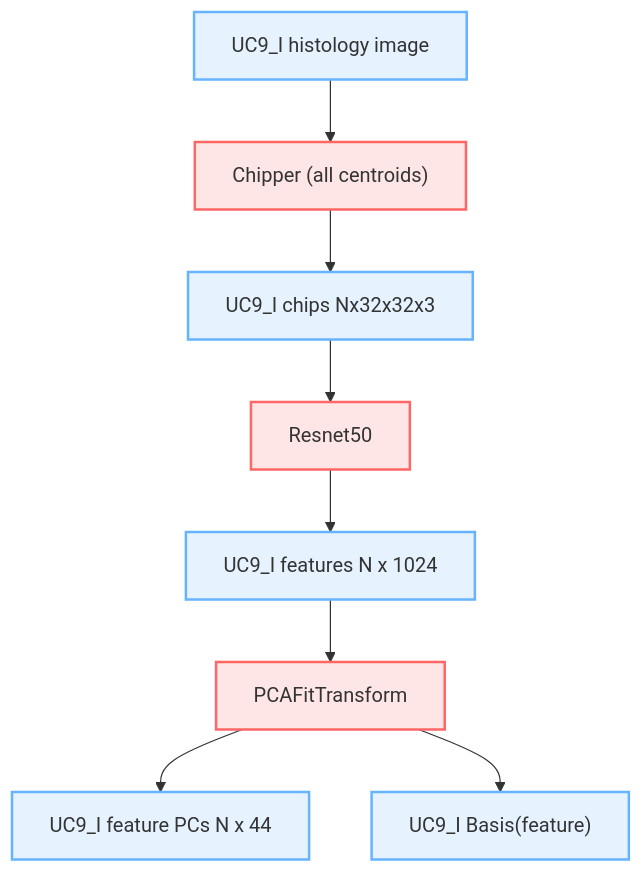
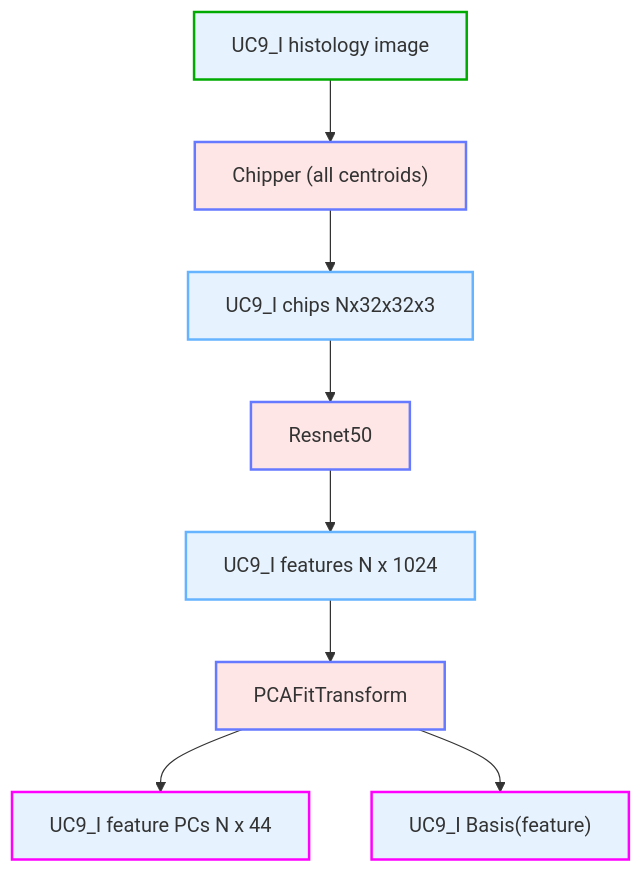
The diagram in mermaid/UC9_I_feature_PCs.mmd (catskillsresearch/broad-3-catskills), drawn with Mermaid before and after one commit. The commit also changed 4 other files, not shown here.

```diff
--- a/mermaid/UC9_I_feature_PCs.mmd
+++ b/mermaid/UC9_I_feature_PCs.mmd
@@ -1,12 +1,15 @@
 %%{init: {'themeVariables': {'nodeTextColor':'#000'}}}%%
 flowchart TD
     classDef data fill:#e6f3ff,stroke:#66b3ff,stroke-width:2px
-    classDef op fill:#ffe6e6,stroke:#ff6666,stroke-width:2px,shape:round-rect
+    classDef op fill:#ffe6e6,stroke:#667aff,stroke-width:2px,shape:round-rect
+    classDef inputData fill:#e6f3ff,stroke:#00AA00,stroke-width:2px
+    classDef outputData fill:#e6f3ff,stroke:#FF00FF,stroke-width:2px
+    classDef outputMetric fill:#e6f3ff,stroke:#FFFF00,stroke-width:2px
 
-    data1["UC9_I histology image"]:::data --> op1["Chipper (all centroids)"]:::op
+    data1["UC9_I histology image"]:::inputData --> op1["Chipper (all centroids)"]:::op
     op1 --> data2["UC9_I chips Nx32x32x3"]:::data
     data2 --> op2["Resnet50"]:::op
     op2 --> data3["UC9_I features N x 1024"]:::data
     data3 --> op3["PCAFitTransform"]:::op
-    op3 --> data4["UC9_I feature PCs N x 44"]:::data
-    op3 --> data5["UC9_I Basis(feature)"]:::data
+    op3 --> data4["UC9_I feature PCs N x 44"]:::outputData
+    op3 --> data5["UC9_I Basis(feature)"]:::outputData
```
